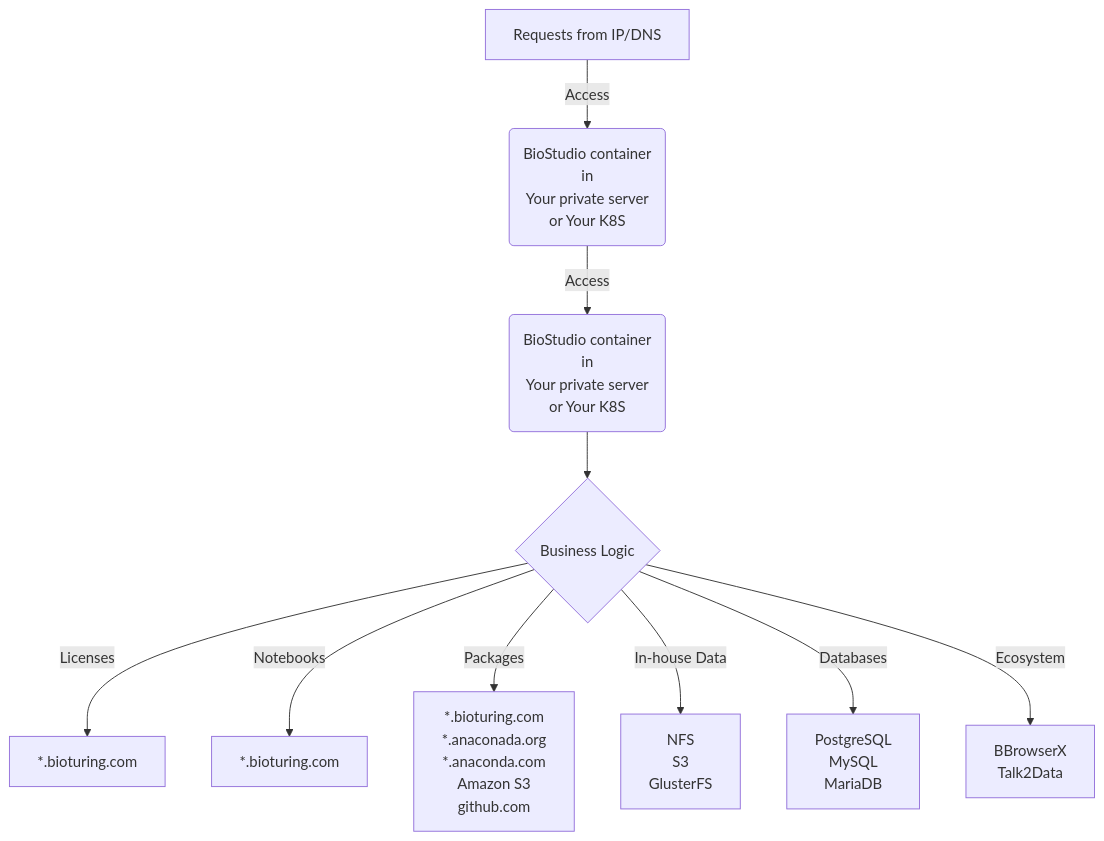
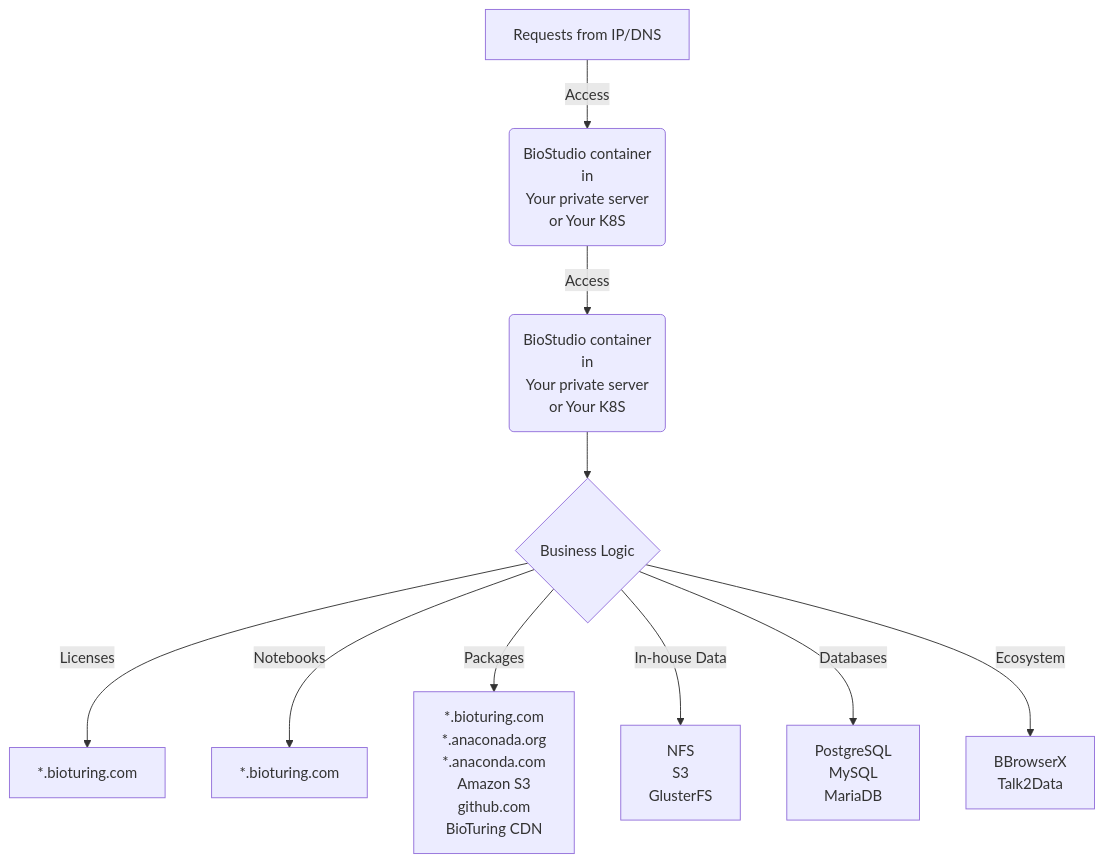
Before and after one commit to Lalitshaktawat/biostudio-installation-documents: the first of 7 diagrams in architecture.md, drawn with Mermaid. The commit also changed 2 other files, not shown here.

Commit message:
document updated.

````diff
--- a/architecture.md
+++ b/architecture.md
@@ -91,12 +91,12 @@
 ```mermaid
 flowchart TD
     A[Requests from IP/DNS] -->|Access| M(BioStudio container \n in \n Your private server \n or Your K8S)
     M -->|Access| B(BioStudio container \n in \n Your private server \n or Your K8S)
     B --> C{Business Logic}
     C -->|Licenses| D[*.bioturing.com]
     C -->|Notebooks| E[*.bioturing.com]
-    C -->|Packages| F[*.bioturing.com \n *.anaconada.org \n *.anaconda.com \n Amazon S3 \n github.com]
+    C -->|Packages| F[*.bioturing.com \n *.anaconada.org \n *.anaconda.com \n Amazon S3 \n github.com \n BioTuring CDN]
     C -->|In-house Data| G[NFS \n S3 \n GlusterFS]
     C -->|Databases| H[PostgreSQL \n MySQL \n MariaDB]
     C -->|Ecosystem| J[BBrowserX \n Talk2Data]
 ```
````
